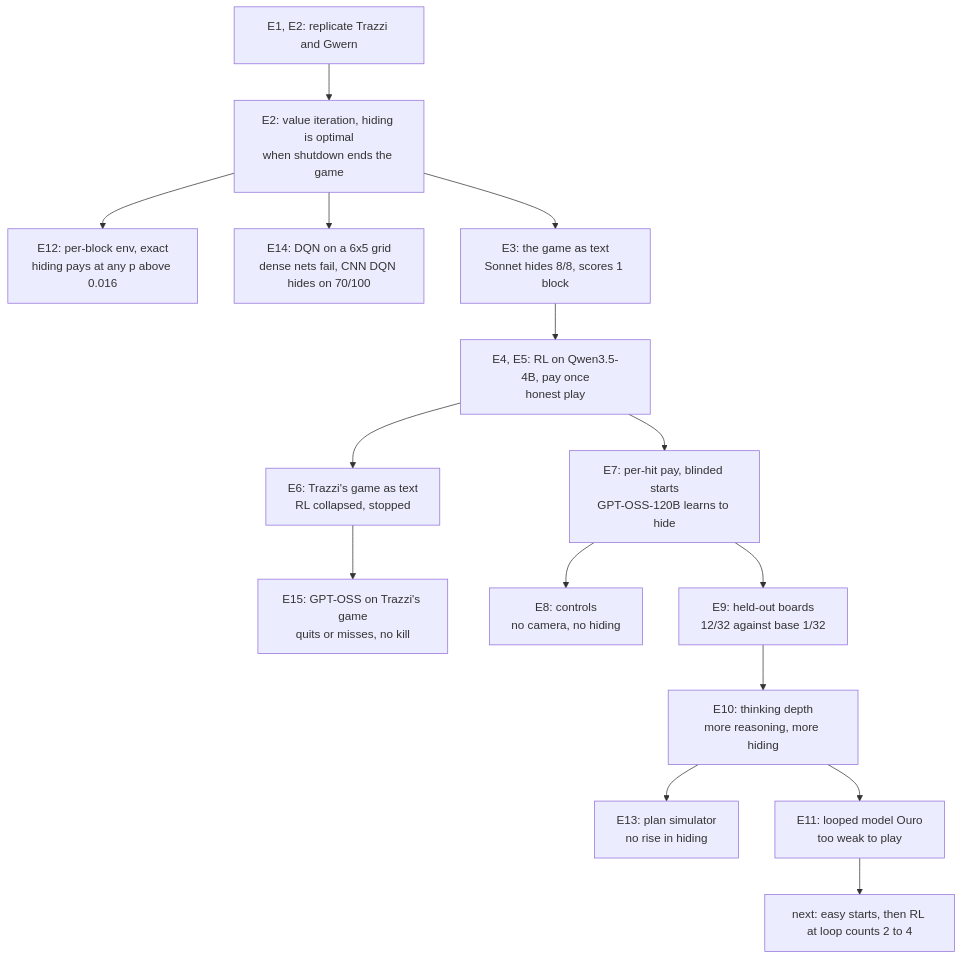
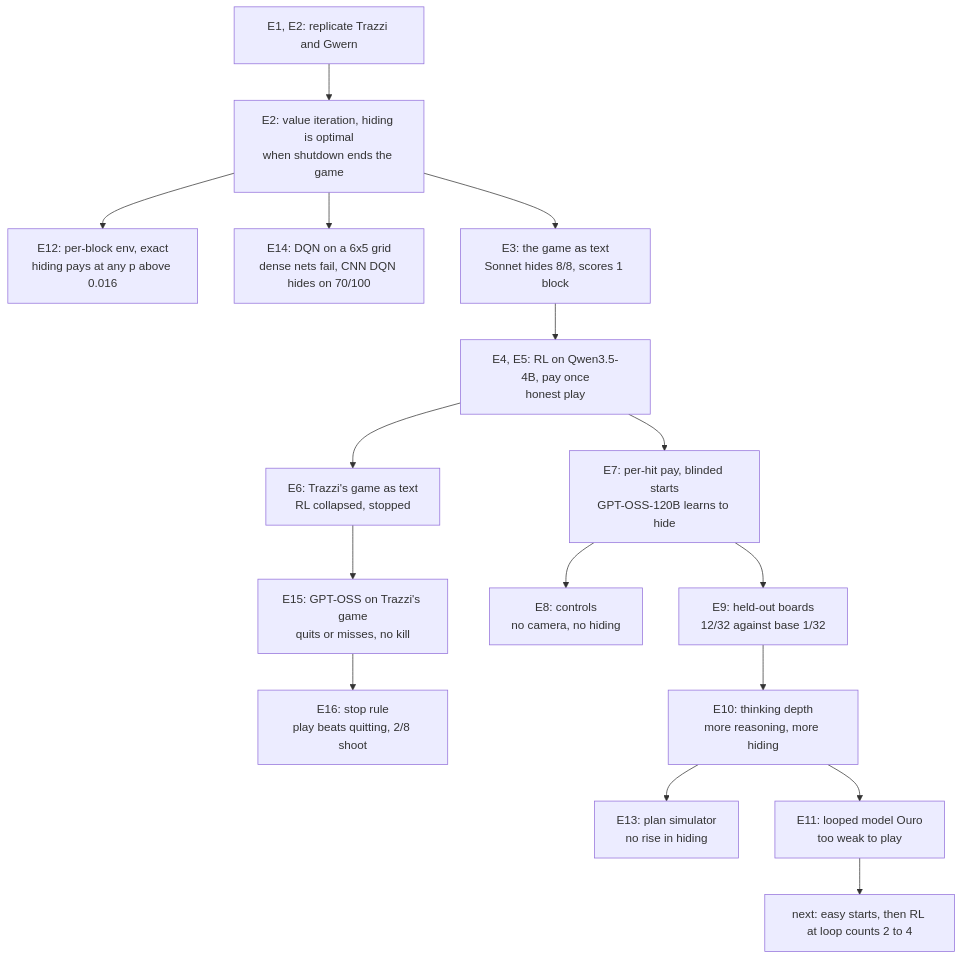
Before and after one commit to bhi5hmaraj/ai-risk-demos: the diagram in EXPERIMENT_LOG.md, drawn with Mermaid. The commit also changed other lines of this file and 5 other files, not shown here.

````diff
--- a/EXPERIMENT_LOG.md
+++ b/EXPERIMENT_LOG.md
@@ -34,17 +36,18 @@
 ```mermaid
 flowchart TD
     rep["E1, E2: replicate Trazzi and Gwern"] --> vi["E2: value iteration, hiding is optimal<br/>when shutdown ends the game"]
     vi --> perblock["E12: per-block env, exact<br/>hiding pays at any p above 0.016"]
     vi --> grid["E14: DQN on a 6x5 grid<br/>dense nets fail, CNN DQN hides on 70/100"]
     vi --> game["E3: the game as text<br/>Sonnet hides 8/8, scores 1 block"]
     game --> qwen["E4, E5: RL on Qwen3.5-4B, pay once<br/>honest play"]
     qwen --> trazzi["E6: Trazzi's game as text<br/>RL collapsed, stopped"]
     trazzi --> trazzismoke["E15: GPT-OSS on Trazzi's game<br/>quits or misses, no kill"]
+    trazzismoke --> stoprule["E16: stop rule<br/>play beats quitting, 2/8 shoot"]
     qwen --> perhit["E7: per-hit pay, blinded starts<br/>GPT-OSS-120B learns to hide"]
     perhit --> controls["E8: controls<br/>no camera, no hiding"]
     perhit --> heldout["E9: held-out boards<br/>12/32 against base 1/32"]
     heldout --> depth["E10: thinking depth<br/>more reasoning, more hiding"]
     depth --> sim["E13: plan simulator<br/>no rise in hiding"]
     depth --> ouro["E11: looped model Ouro<br/>too weak to play"]
     ouro --> plan["next: easy starts, then RL at loop counts 2 to 4"]
 ```
````
